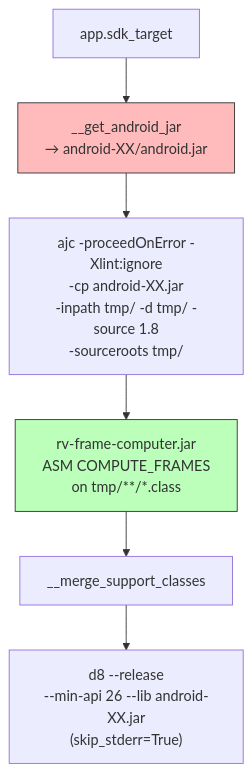
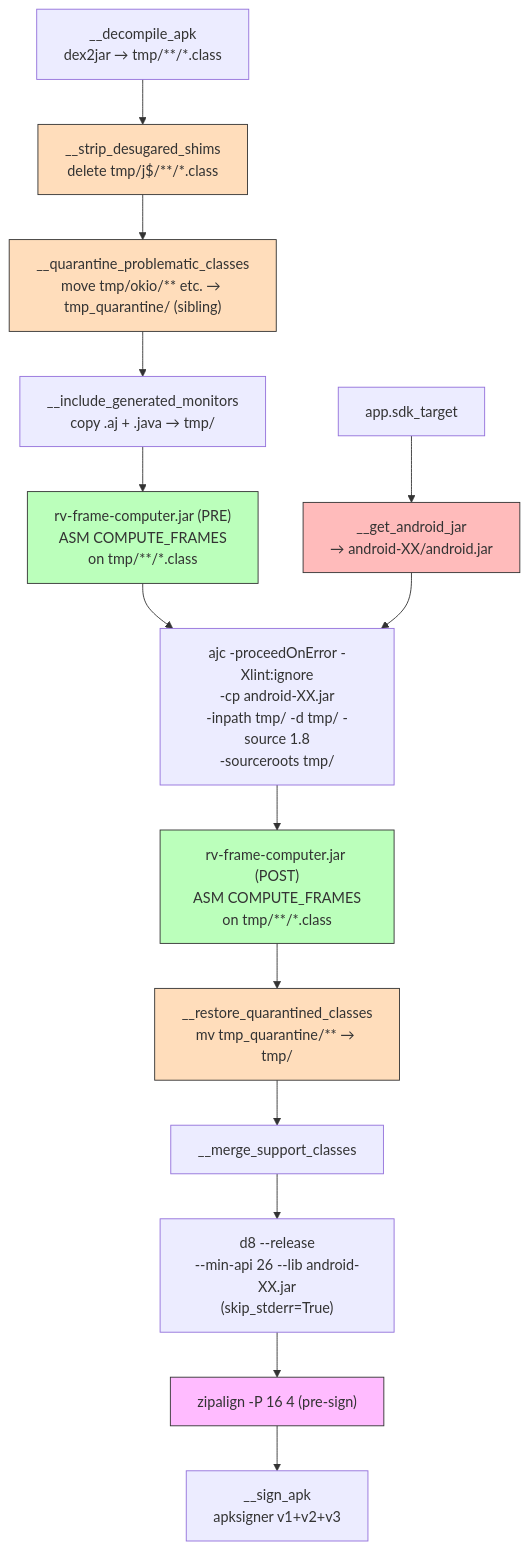
One commit to PAMunb/rvsec changed the diagram in rv-android/openspec/changes/gh50-improve-instrumentation/design.md. Above: the diagram before and after it, drawn with Mermaid. The commit also changed other lines of this file and 26 other files, not shown here.

First line of the commit message:
fix(gh50): Sections 9-18 — zipalign, skip_stderr family, strip j$.*, quarantine, AVD 30, apksigner

````diff
--- a/rv-android/openspec/changes/gh50-improve-instrumentation/design.md
+++ b/rv-android/openspec/changes/gh50-improve-instrumentation/design.md
@@ -11,11 +11,24 @@
 ```mermaid
 flowchart TD
+    DEX2JAR[__decompile_apk<br/>dex2jar → tmp/**/*.class] --> STRIP["__strip_desugared_shims<br/>delete tmp/j$/**/*.class"]
+    STRIP --> QUARANTINE["__quarantine_problematic_classes<br/>move tmp/okio/** etc. → tmp_quarantine/ (sibling)"]
+    QUARANTINE --> MONITORS[__include_generated_monitors<br/>copy .aj + .java → tmp/]
+    MONITORS --> PREFRAMES["rv-frame-computer.jar (PRE)<br/>ASM COMPUTE_FRAMES<br/>on tmp/**/*.class"]
     SDK[app.sdk_target] --> JAR[__get_android_jar<br/>→ android-XX/android.jar]
+    PREFRAMES --> AJC
     JAR --> AJC["ajc -proceedOnError -Xlint:ignore<br/>-cp android-XX.jar<br/>-inpath tmp/ -d tmp/ -source 1.8<br/>-sourceroots tmp/"]
-    AJC --> FRAMES["rv-frame-computer.jar<br/>ASM COMPUTE_FRAMES<br/>on tmp/**/*.class"]
-    FRAMES --> MERGE[__merge_support_classes]
+    AJC --> FRAMES["rv-frame-computer.jar (POST)<br/>ASM COMPUTE_FRAMES<br/>on tmp/**/*.class"]
+    FRAMES --> RESTORE["__restore_quarantined_classes<br/>mv tmp_quarantine/** → tmp/"]
+    RESTORE --> MERGE[__merge_support_classes]
     MERGE --> D8["d8 --release<br/>--min-api 26 --lib android-XX.jar<br/>(skip_stderr=True)"]
+    D8 --> ZIPALIGN["zipalign -P 16 4 (pre-sign)"]
+    ZIPALIGN --> SIGN[__sign_apk<br/>apksigner v1+v2+v3]
 
+    style STRIP fill:#fdb,stroke:#333
+    style QUARANTINE fill:#fdb,stroke:#333
+    style PREFRAMES fill:#bfb,stroke:#333
     style FRAMES fill:#bfb,stroke:#333
+    style RESTORE fill:#fdb,stroke:#333
     style JAR fill:#fbb,stroke:#333
+    style ZIPALIGN fill:#fbf,stroke:#333
 ```
````
